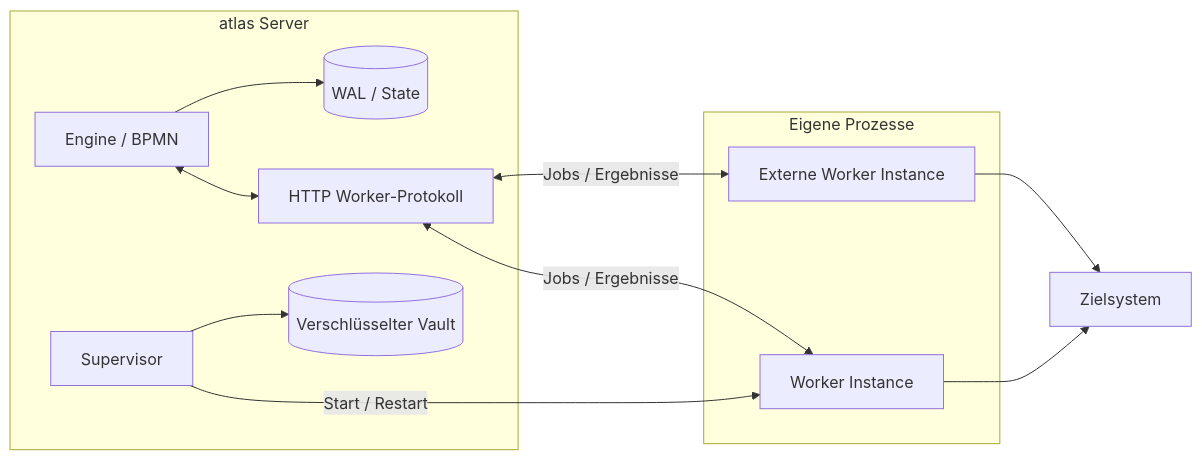
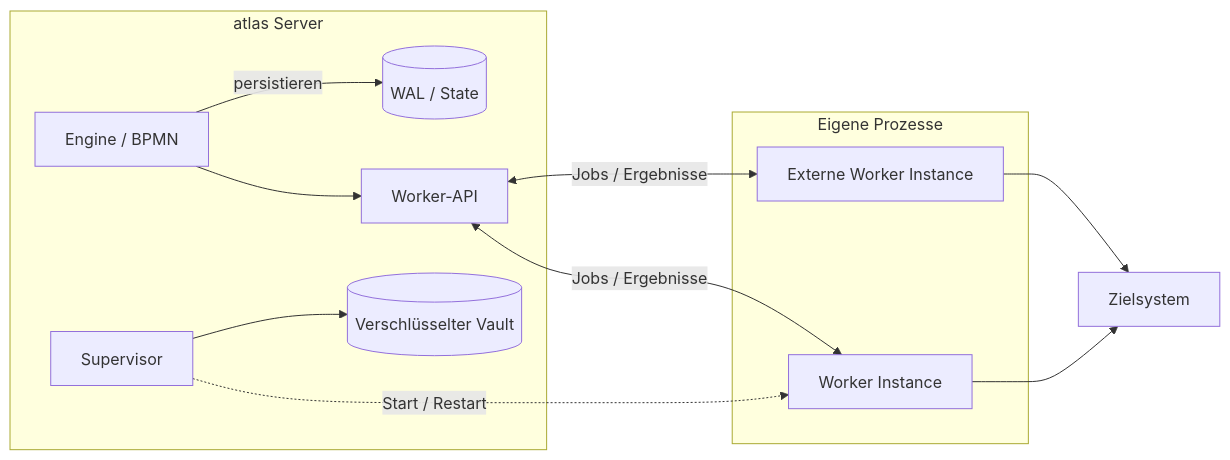
One commit to pblumer/atlas changed the first of 3 diagrams in docs/whitepapers/atlas-worker-whitepaper.md. Above: the diagram before and after it, drawn with Mermaid.

Commit message:
docs: untangle worker architecture component diagram in Markdown

````diff
--- a/docs/whitepapers/atlas-worker-whitepaper.md
+++ b/docs/whitepapers/atlas-worker-whitepaper.md
@@ -80,23 +80,23 @@
 ```mermaid
 flowchart LR
     subgraph A[atlas Server]
         E[Engine / BPMN]
         W[(WAL / State)]
-        API[HTTP Worker-Protokoll]
+        API[Worker-API]
         SUP[Supervisor]
         V[(Verschlüsselter Vault)]
-        E --> W
-        E <--> API
+        E -->|persistieren| W
+        E --> API
         SUP --> V
     end
     subgraph B[Eigene Prozesse]
         WI[Worker Instance]
         EX[Externe Worker Instance]
     end
     T[Zielsystem]
-    SUP -->|Start / Restart| WI
+    SUP -.->|Start / Restart| WI
     API <--> |Jobs / Ergebnisse| WI
     API <--> |Jobs / Ergebnisse| EX
     WI --> T
     EX --> T
 ```
````
